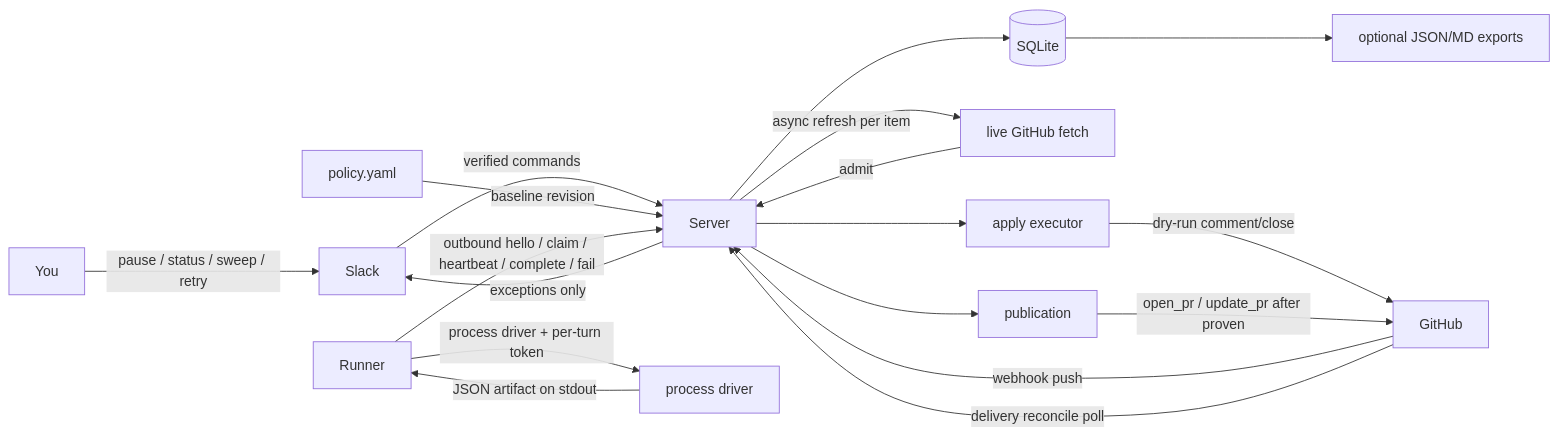
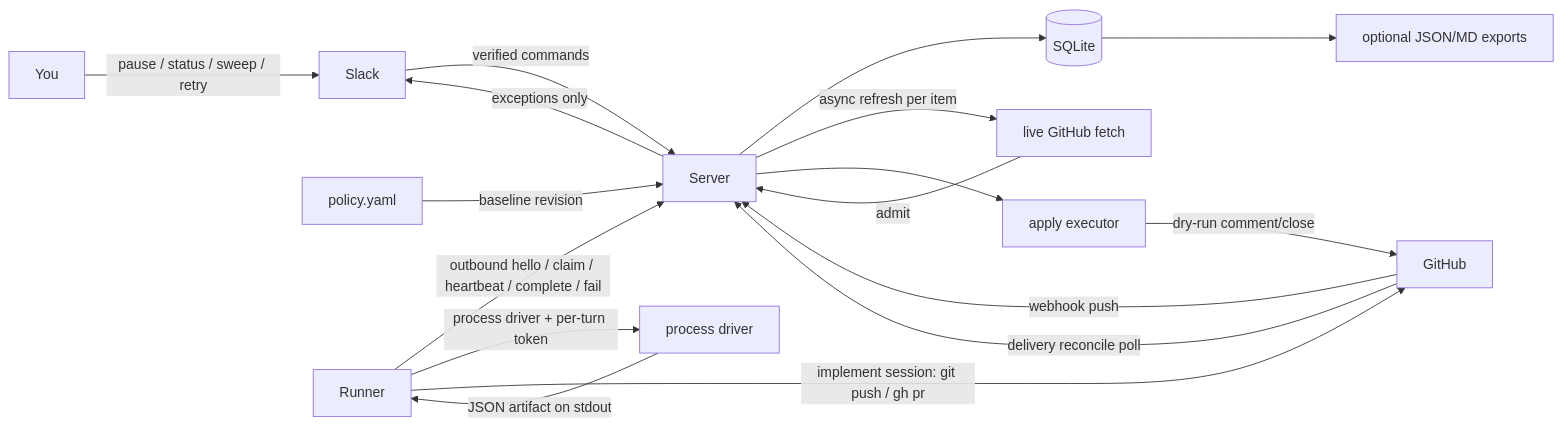
Before and after one commit to Sannrox/rusui: the first of 2 diagrams in ARCHITECTURE.md, drawn with Mermaid. The commit also changed other lines of this file and 14 other files, not shown here.

````diff
--- a/ARCHITECTURE.md
+++ b/ARCHITECTURE.md
@@ -50,24 +52,23 @@
 ```mermaid
 flowchart LR
   You -->|pause / status / sweep / retry| Slack
   Slack -->|verified commands| Server
   GitHub -->|webhook push| Server
   GitHub -->|delivery reconcile poll| Server
   PolicyFile[policy.yaml] -->|baseline revision| Server
 
   Server --> DB[(SQLite)]
   DB --> Exports[optional JSON/MD exports]
 
   Server -->|async refresh per item| Fetch[live GitHub fetch]
   Fetch -->|admit| Server
 
   Runner -->|outbound hello / claim / heartbeat / complete / fail| Server
   Runner -->|process driver + per-turn token| Driver[process driver]
   Driver -->|JSON artifact on stdout| Runner
 
   Apply[apply executor] -->|dry-run comment/close| GitHub
-  Publisher[publication] -->|open_pr / update_pr after proven| GitHub
+  Runner -->|implement session: git push / gh pr| GitHub
   Server --> Apply
-  Server --> Publisher
   Server -->|exceptions only| Slack
 ```
````
